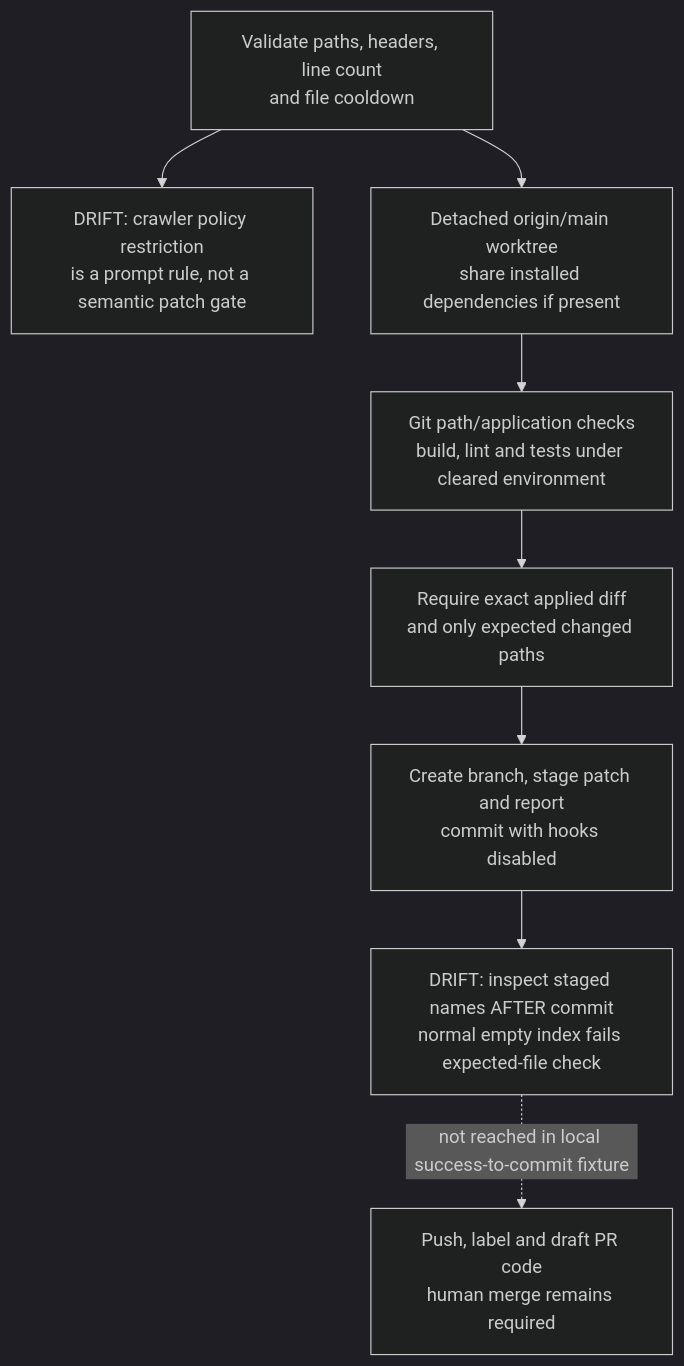
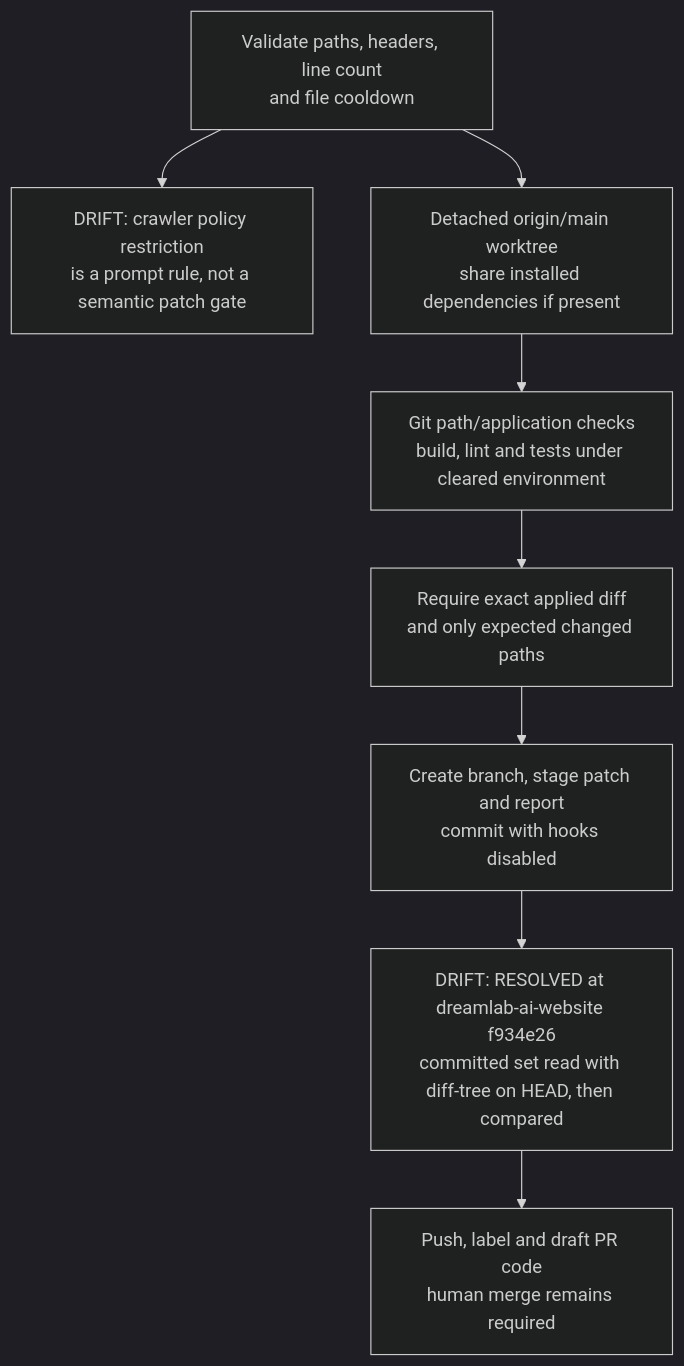
One commit to DreamLab-AI/VisionFlow changed the fifth of 6 diagrams in docs/diagrams/dreamlab-ai-website/08-nightly-seo-watch.md. Above: the diagram before and after it, drawn with Mermaid (dark theme). The commit also changed other lines of this file and 59 other files, not shown here.

First line of the commit message:
docs(diagrams): re-derive and re-stamp forum, website, pod, ontomark and sealmap topics

````diff
--- a/docs/diagrams/dreamlab-ai-website/08-nightly-seo-watch.md
+++ b/docs/diagrams/dreamlab-ai-website/08-nightly-seo-watch.md
@@ -127,19 +127,19 @@
 ```mermaid
 flowchart TB
     %% Source: ../dreamlab-ai-website/scripts/seo-watch/lib/propose.mjs:39
     A["Validate paths, headers, line count<br/>and file cooldown"]
     %% Source: ../dreamlab-ai-website/scripts/seo-watch/lib/advise.mjs:31
     A --> P["DRIFT: crawler policy restriction<br/>is a prompt rule, not a semantic patch gate"]
-    %% Source: ../dreamlab-ai-website/scripts/seo-watch/lib/propose.mjs:121
+    %% Source: ../dreamlab-ai-website/scripts/seo-watch/lib/propose.mjs:128
     A --> B["Detached origin/main worktree<br/>share installed dependencies if present"]
-    %% Source: ../dreamlab-ai-website/scripts/seo-watch/lib/propose.mjs:143
+    %% Source: ../dreamlab-ai-website/scripts/seo-watch/lib/propose.mjs:150
     B --> C["Git path/application checks<br/>build, lint and tests under cleared environment"]
-    %% Source: ../dreamlab-ai-website/scripts/seo-watch/lib/propose.mjs:193
+    %% Source: ../dreamlab-ai-website/scripts/seo-watch/lib/propose.mjs:207
     C --> D["Require exact applied diff<br/>and only expected changed paths"]
-    %% Source: ../dreamlab-ai-website/scripts/seo-watch/lib/propose.mjs:288
+    %% Source: ../dreamlab-ai-website/scripts/seo-watch/lib/propose.mjs:302
     D --> E["Create branch, stage patch and report<br/>commit with hooks disabled"]
-    %% Source: ../dreamlab-ai-website/scripts/seo-watch/lib/propose.mjs:298
-    E --> F["DRIFT: inspect staged names AFTER commit<br/>normal empty index fails expected-file check"]
-    %% Source: ../dreamlab-ai-website/scripts/seo-watch/lib/propose.mjs:301
-    F -.->|"not reached in local success-to-commit fixture"| G["Push, label and draft PR code<br/>human merge remains required"]
+    %% Source: ../dreamlab-ai-website/scripts/seo-watch/lib/propose.mjs:312
+    E --> F["DRIFT: RESOLVED at dreamlab-ai-website f934e26<br/>committed set read with diff-tree on HEAD, then compared"]
+    %% Source: ../dreamlab-ai-website/scripts/seo-watch/lib/propose.mjs:317
+    F --> G["Push, label and draft PR code<br/>human merge remains required"]
 ```
````
